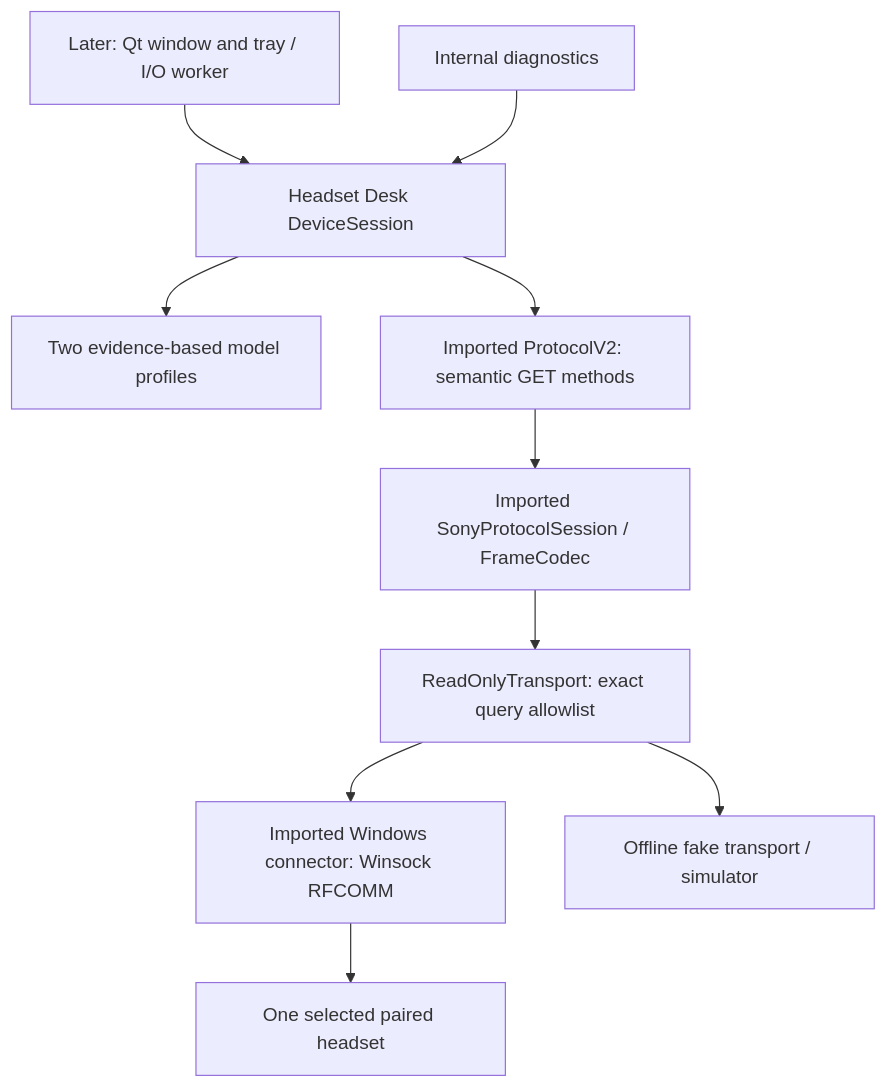
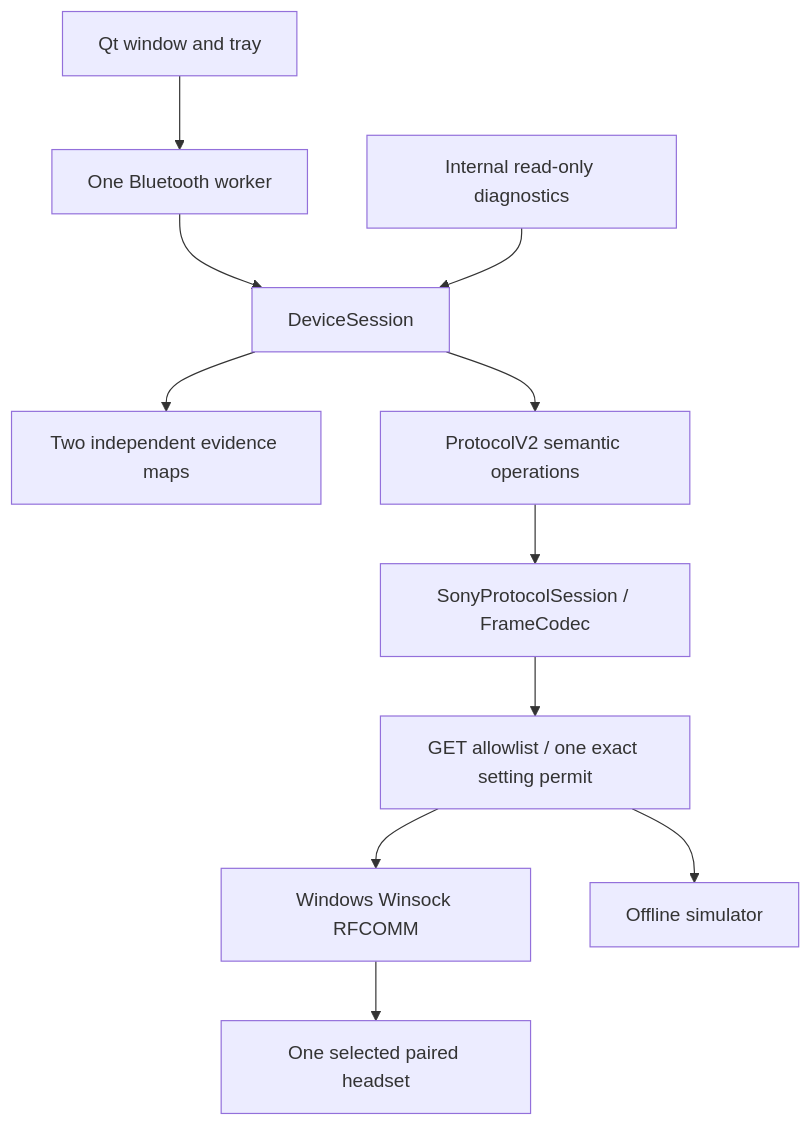
One commit to ashwinpr15/headset-desk changed the diagram in docs/architecture.md. Above: the diagram before and after it, drawn with Mermaid. The commit also changed other lines of this file and 34 other files, not shown here.

````diff
--- a/docs/architecture.md
+++ b/docs/architecture.md
@@ -3,12 +3,13 @@
 ```mermaid
 flowchart TD
-    UI[Later: Qt window and tray / I/O worker] --> Core[Headset Desk DeviceSession]
-    CLI[Internal diagnostics] --> Core
-    Core --> Profiles[Two evidence-based model profiles]
-    Core --> V2[Imported ProtocolV2: semantic GET methods]
-    V2 --> Session[Imported SonyProtocolSession / FrameCodec]
-    Session --> Guard[ReadOnlyTransport: exact query allowlist]
-    Guard --> Native[Imported Windows connector: Winsock RFCOMM]
-    Guard --> Fake[Offline fake transport / simulator]
+    UI[Qt window and tray] --> Worker[One Bluetooth worker]
+    Worker --> Core[DeviceSession]
+    CLI[Internal read-only diagnostics] --> Core
+    Core --> Profiles[Two independent evidence maps]
+    Core --> V2[ProtocolV2 semantic operations]
+    V2 --> Session[SonyProtocolSession / FrameCodec]
+    Session --> Guard[GET allowlist / one exact setting permit]
+    Guard --> Native[Windows Winsock RFCOMM]
+    Guard --> Fake[Offline simulator]
     Native --> Headset[One selected paired headset]
 ```
````
